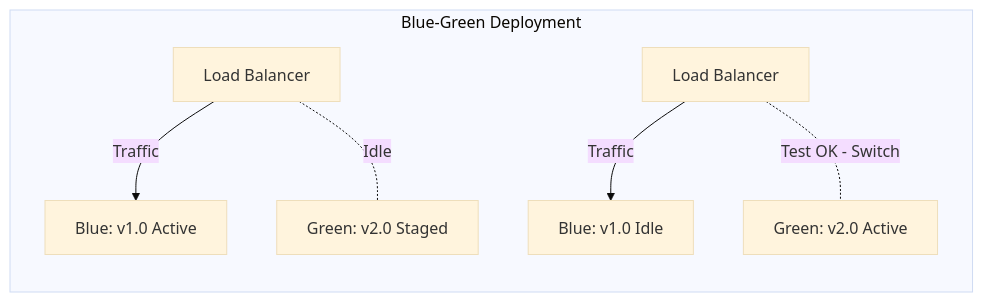
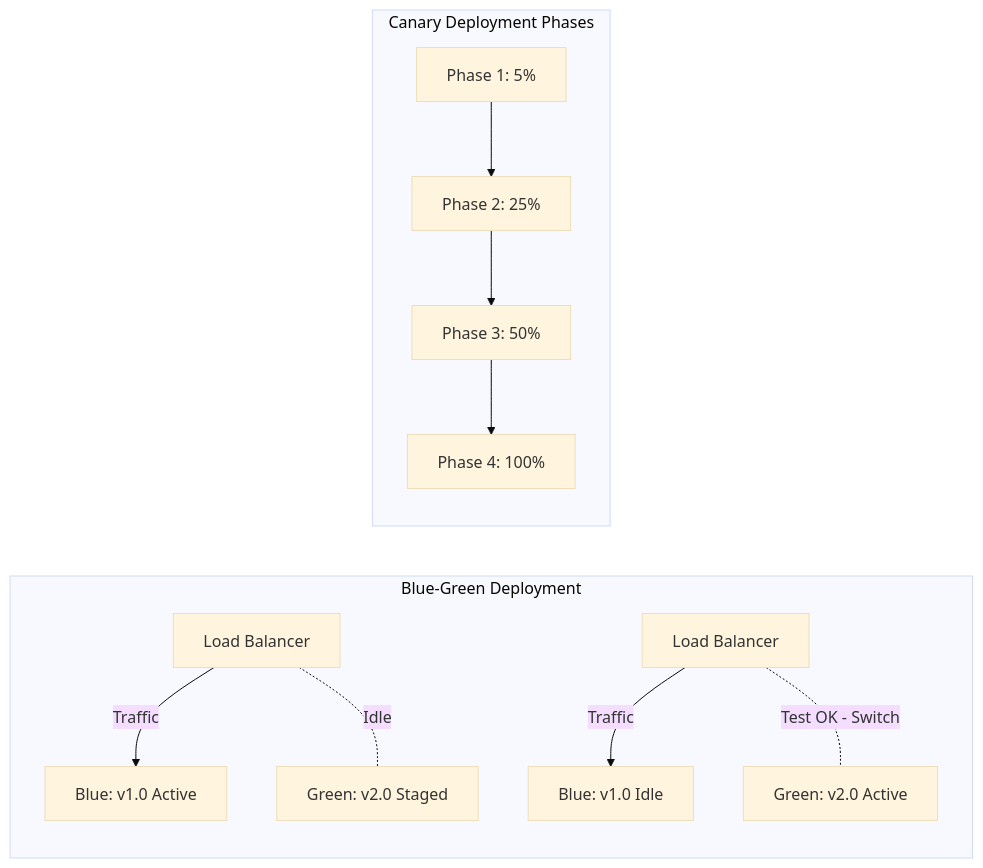
The sixth of 6 diagrams in docs/courses/software-engineering/12-devops-cicd.md (Raushan666java/ai-engineering-journey), drawn with Mermaid (base theme) before and after one commit. The commit also changed other lines of this file and 15 other files, not shown here.

Commit message:
deploy: software-engineering overhaul - 16 chapters expanded to avg 1284L (+7649L), richer Mermaid, more TS, deeper content

````diff
--- a/docs/courses/software-engineering/12-devops-cicd.md
+++ b/docs/courses/software-engineering/12-devops-cicd.md
@@ -200,10 +238,16 @@
 ```mermaid
 graph LR
     subgraph "Blue-Green Deployment"
         ROUTER[Load Balancer] -->|Traffic| BLUE[Blue: v1.0 Active]
         ROUTER -.-|Idle| GREEN[Green: v2.0 Staged]
         
         ROUTER2[Load Balancer] -->|Traffic| BLUE2[Blue: v1.0 Idle]
         ROUTER2 -.-|Test OK - Switch| GREEN2[Green: v2.0 Active]
     end
+    
+    subgraph "Canary Deployment Phases"
+        P1[Phase 1: 5%] --> P2[Phase 2: 25%]
+        P2 --> P3[Phase 3: 50%]
+        P3 --> P4[Phase 4: 100%]
+    end
 ```
````
